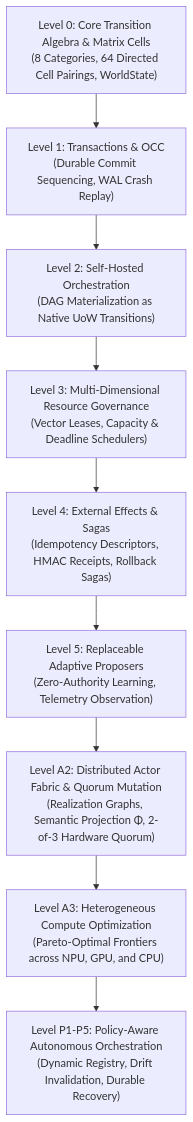
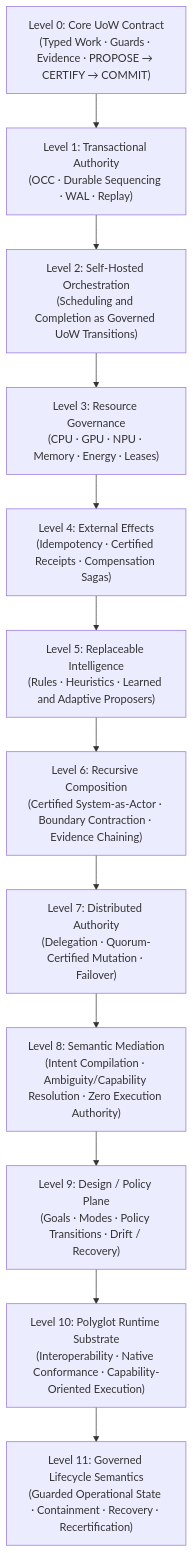
Before and after one commit to NB11B/UoW-v3: the diagram in README.md, drawn with Mermaid. The commit also changed other lines of this file and 4 other files, not shown here.

First line of the commit message:
docs/ci: update architecture hierarchy and restore CI acceptance

````diff
--- a/README.md
+++ b/README.md
@@ -71,11 +74,14 @@
 ```mermaid
 graph TD
-    L0["Level 0: Core Transition Algebra & Matrix Cells<br/>(8 Categories, 64 Directed Cell Pairings, WorldState)"] --> L1["Level 1: Transactions & OCC<br/>(Durable Commit Sequencing, WAL Crash Replay)"]
-    L1 --> L2["Level 2: Self-Hosted Orchestration<br/>(DAG Materialization as Native UoW Transitions)"]
-    L2 --> L3["Level 3: Multi-Dimensional Resource Governance<br/>(Vector Leases, Capacity & Deadline Schedulers)"]
-    L3 --> L4["Level 4: External Effects & Sagas<br/>(Idempotency Descriptors, HMAC Receipts, Rollback Sagas)"]
-    L4 --> L5["Level 5: Replaceable Adaptive Proposers<br/>(Zero-Authority Learning, Telemetry Observation)"]
-    L5 --> LA2["Level A2: Distributed Actor Fabric & Quorum Mutation<br/>(Realization Graphs, Semantic Projection Φ, 2-of-3 Hardware Quorum)"]
-    LA2 --> LA3["Level A3: Heterogeneous Compute Optimization<br/>(Pareto-Optimal Frontiers across NPU, GPU, and CPU)"]
-    LA3 --> LP["Level P1-P5: Policy-Aware Autonomous Orchestration<br/>(Dynamic Registry, Drift Invalidation, Durable Recovery)"]
+    L0["Level 0: Core UoW Contract<br/>(Typed Work · Guards · Evidence · PROPOSE → CERTIFY → COMMIT)"] --> L1["Level 1: Transactional Authority<br/>(OCC · Durable Sequencing · WAL · Replay)"]
+    L1 --> L2["Level 2: Self-Hosted Orchestration<br/>(Scheduling and Completion as Governed UoW Transitions)"]
+    L2 --> L3["Level 3: Resource Governance<br/>(CPU · GPU · NPU · Memory · Energy · Leases)"]
+    L3 --> L4["Level 4: External Effects<br/>(Idempotency · Certified Receipts · Compensation Sagas)"]
+    L4 --> L5["Level 5: Replaceable Intelligence<br/>(Rules · Heuristics · Learned and Adaptive Proposers)"]
+    L5 --> L6["Level 6: Recursive Composition<br/>(Certified System-as-Actor · Boundary Contraction · Evidence Chaining)"]
+    L6 --> L7["Level 7: Distributed Authority<br/>(Delegation · Quorum-Certified Mutation · Failover)"]
+    L7 --> L8["Level 8: Semantic Mediation<br/>(Intent Compilation · Ambiguity/Capability Resolution · Zero Execution Authority)"]
+    L8 --> L9["Level 9: Design / Policy Plane<br/>(Goals · Modes · Policy Transitions · Drift / Recovery)"]
+    L9 --> L10["Level 10: Polyglot Runtime Substrate<br/>(Interoperability · Native Conformance · Capability-Oriented Execution)"]
+    L10 --> L11["Level 11: Governed Lifecycle Semantics<br/>(Guarded Operational State · Containment · Recovery · Recertification)"]
 ```
````
